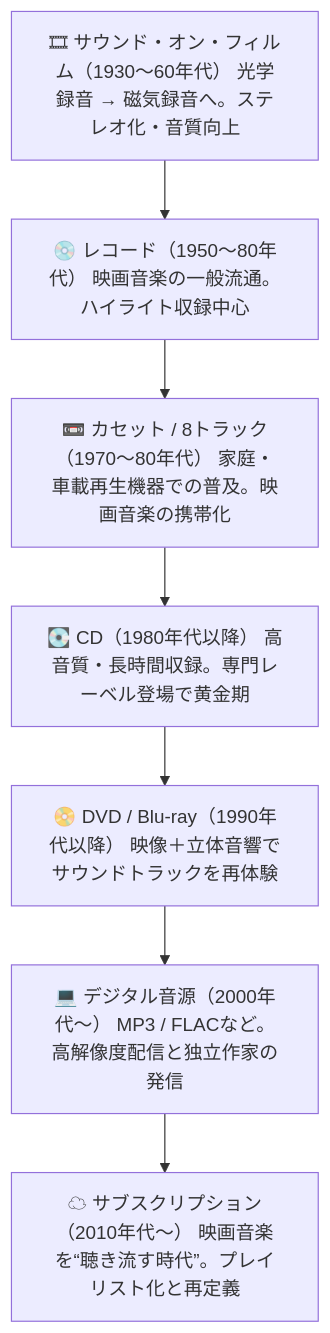
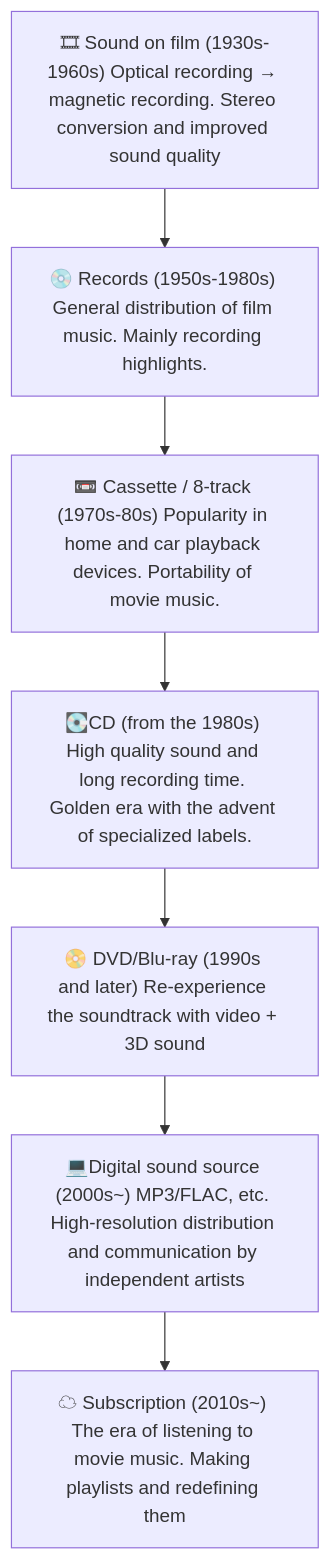
The diagram in en/_posts/2025-07-17-Column-Soundtrack.md (monumental-movement/monumental-movement.github.io), drawn with Mermaid before and after one commit. The commit also changed other lines of this file and 152 other files, not shown here.

```diff
--- a/en/_posts/2025-07-17-Column-Soundtrack.md
+++ b/en/_posts/2025-07-17-Column-Soundtrack.md
@@ -102,14 +102,14 @@
 <div class="mermaid">
 
 flowchart TD
-  A["🎞 サウンド・オン・フィルム（1930〜60年代） 光学録音 → 磁気録音へ。ステレオ化・音質向上"]
-  B["💿 レコード（1950〜80年代） 映画音楽の一般流通。ハイライト収録中心"]
-  C["📼 カセット / 8トラック（1970〜80年代） 家庭・車載再生機器での普及。映画音楽の携帯化"]
-  D["💽 CD（1980年代以降） 高音質・長時間収録。専門レーベル登場で黄金期"]
-  E["📀 DVD / Blu-ray（1990年代以降） 映像＋立体音響でサウンドトラックを再体験"]
-  F["💻 デジタル音源（2000年代〜） MP3 / FLACなど。高解像度配信と独立作家の発信"]
-  G["☁ サブスクリプション（2010年代〜） 映画音楽を“聴き流す時代”。プレイリスト化と再定義"]
+  A["🎞 Sound on film (1930s-1960s) Optical recording → magnetic recording. Stereo conversion and improved sound quality"]
+  B["💿 Records (1950s-1980s) General distribution of film music. Mainly recording highlights."]
+  C["📼 Cassette / 8-track (1970s-80s) Popularity in home and car playback devices. Portability of movie music."]
+  D["💽CD (from the 1980s) High quality sound and long recording time. Golden era with the advent of specialized labels."]
+  E["📀 DVD/Blu-ray (1990s and later) Re-experience the soundtrack with video + 3D sound"]
+  F["💻Digital sound source (2000s~) MP3/FLAC, etc. High-resolution distribution and communication by independent artists"]
+  G["☁ Subscription (2010s~) The era of listening to movie music. Making playlists and redefining them"]
 
   A --> B --> C --> D --> E --> F --> G
 
 </div>
```
